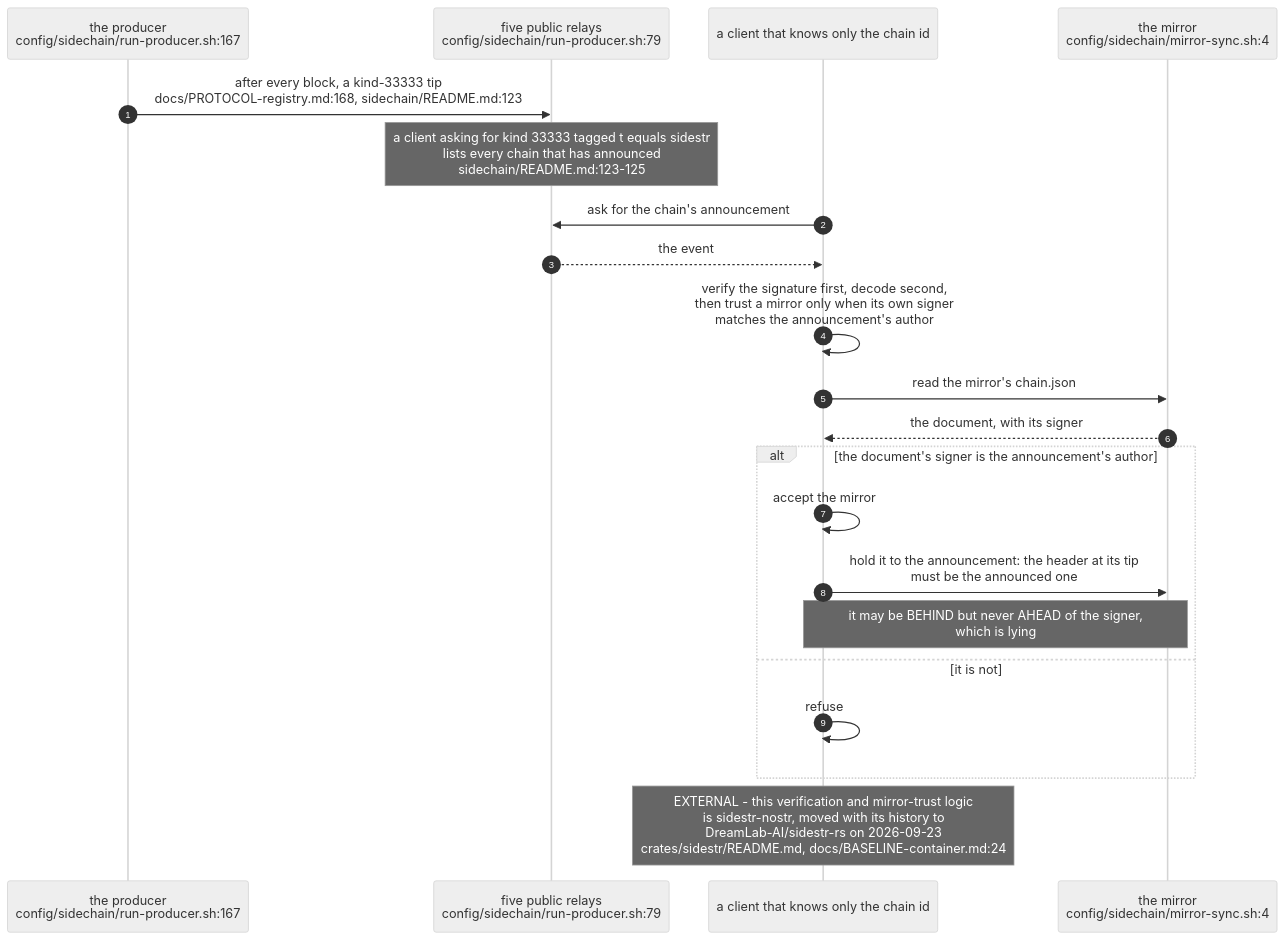
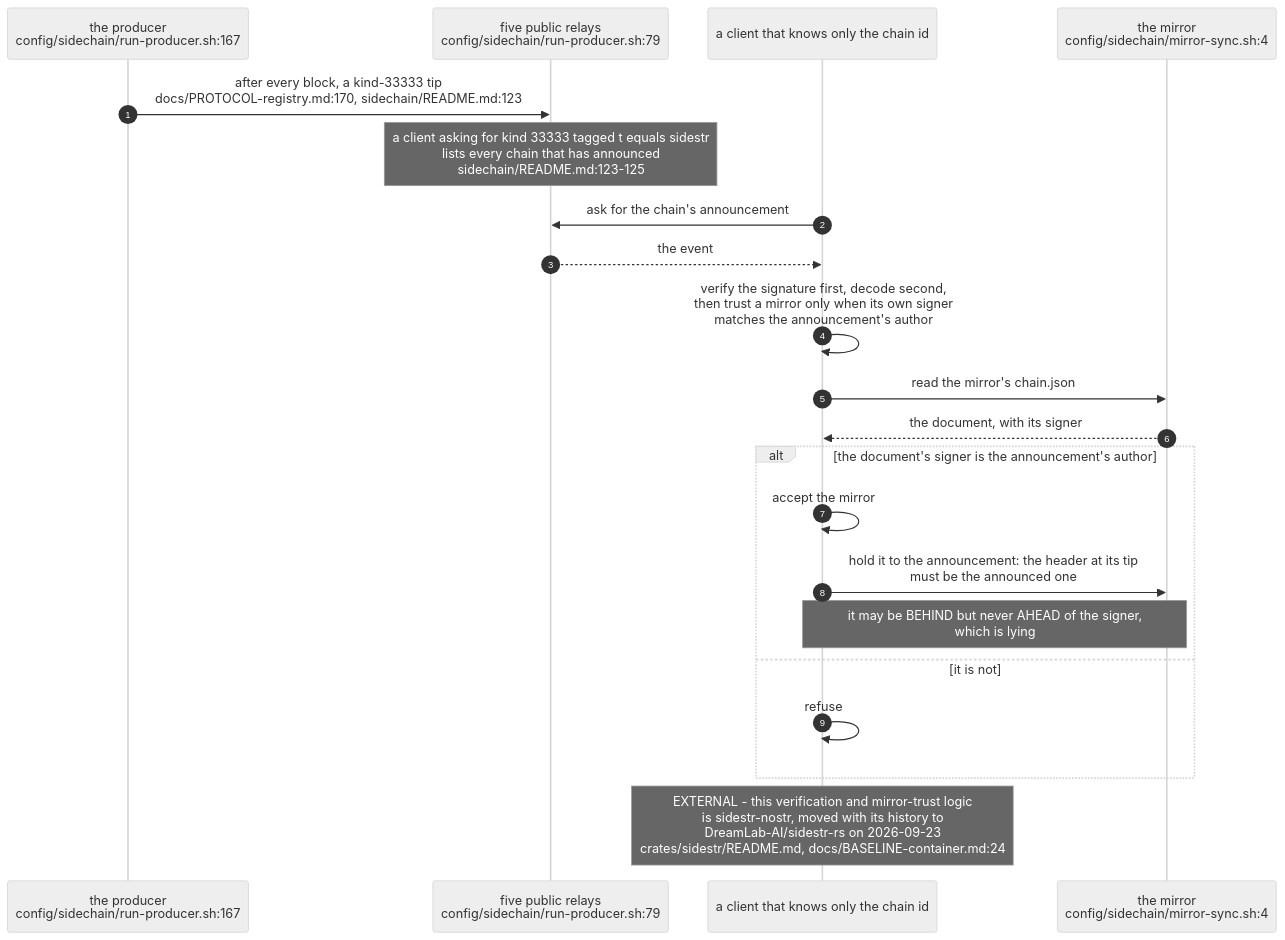
Before and after one commit to DreamLab-AI/VisionFlow: the second of 6 diagrams in docs/diagrams/agentbox/34-sidestr-interim-producer-and-mirror.md, drawn with Mermaid (neutral theme). The commit also changed other lines of this file and 173 other files, not shown here.

````diff
--- a/docs/diagrams/agentbox/34-sidestr-interim-producer-and-mirror.md
+++ b/docs/diagrams/agentbox/34-sidestr-interim-producer-and-mirror.md
@@ -113,24 +114,24 @@
 ```mermaid
 sequenceDiagram
     autonumber
     participant PR as the producer<br/>config/sidechain/run-producer.sh:167
     participant RL as five public relays<br/>config/sidechain/run-producer.sh:79
     participant CL as a client that knows only the chain id
     participant MI as the mirror<br/>config/sidechain/mirror-sync.sh:4
 
-    PR->>RL: after every block, a kind-33333 tip<br/>docs/PROTOCOL-registry.md:168, sidechain/README.md:123
+    PR->>RL: after every block, a kind-33333 tip<br/>docs/PROTOCOL-registry.md:170, sidechain/README.md:123
     Note over RL: a client asking for kind 33333 tagged t equals sidestr<br/>lists every chain that has announced<br/>sidechain/README.md:123-125
     CL->>RL: ask for the chain's announcement
     RL-->>CL: the event
     CL->>CL: verify the signature first, decode second,<br/>then trust a mirror only when its own signer<br/>matches the announcement's author
     CL->>MI: read the mirror's chain.json
     MI-->>CL: the document, with its signer
     alt the document's signer is the announcement's author
         CL->>CL: accept the mirror
         CL->>MI: hold it to the announcement: the header at its tip<br/>must be the announced one
         Note over CL,MI: it may be BEHIND but never AHEAD of the signer,<br/>which is lying
     else it is not
         CL->>CL: refuse
     end
     Note over CL: EXTERNAL - this verification and mirror-trust logic<br/>is sidestr-nostr, moved with its history to<br/>DreamLab-AI/sidestr-rs on 2026-09-23<br/>crates/sidestr/README.md, docs/BASELINE-container.md:24
 ```
````
